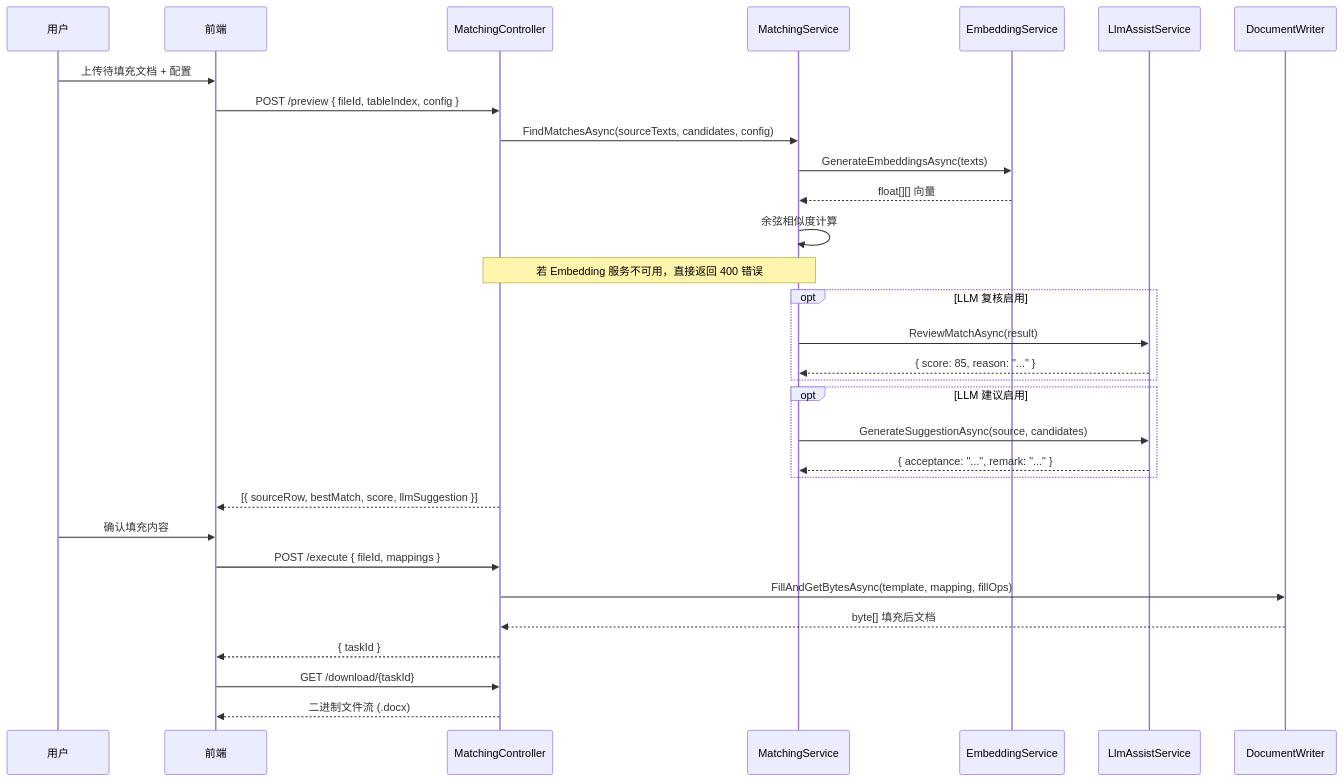
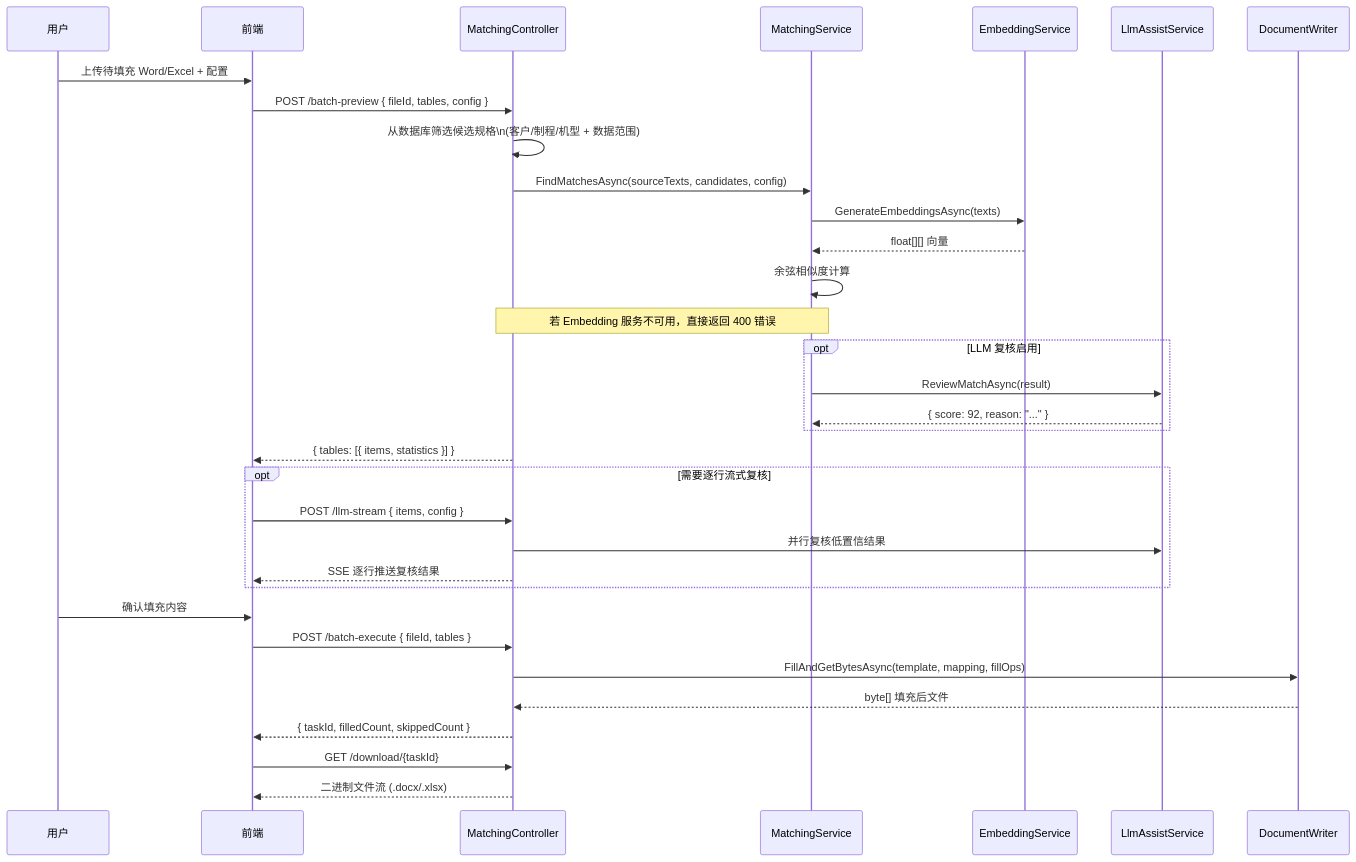
Diagram 18 of 28 in docs/design-overview.md (xiaocaiisxiaocai/AcceptanceSpecRecognition), drawn with Mermaid before and after one commit. The commit also changed other lines of this file and 51 other files, not shown here.

````diff
--- a/docs/design-overview.md
+++ b/docs/design-overview.md
@@ -734,40 +844,42 @@
 ```mermaid
 sequenceDiagram
     participant U as 用户
     participant FE as 前端
     participant MC as MatchingController
     participant MS as MatchingService
     participant ES as EmbeddingService
     participant LLM as LlmAssistService
     participant DW as DocumentWriter
 
-    U->>FE: 上传待填充文档 + 配置
-    FE->>MC: POST /preview { fileId, tableIndex, config }
+    U->>FE: 上传待填充 Word/Excel + 配置
+    FE->>MC: POST /batch-preview { fileId, tables, config }
+    MC->>MC: 从数据库筛选候选规格\n(客户/制程/机型 + 数据范围)
     MC->>MS: FindMatchesAsync(sourceTexts, candidates, config)
 
     MS->>ES: GenerateEmbeddingsAsync(texts)
     ES-->>MS: float[][] 向量
     MS->>MS: 余弦相似度计算
     Note over MC,MS: 若 Embedding 服务不可用，直接返回 400 错误
 
     opt LLM 复核启用
         MS->>LLM: ReviewMatchAsync(result)
-        LLM-->>MS: { score: 85, reason: "..." }
+        LLM-->>MS: { score: 92, reason: "..." }
     end
 
-    opt LLM 建议启用
-        MS->>LLM: GenerateSuggestionAsync(source, candidates)
-        LLM-->>MS: { acceptance: "...", remark: "..." }
+    MC-->>FE: { tables: [{ items, statistics }] }
+
+    opt 需要逐行流式复核
+        FE->>MC: POST /llm-stream { items, config }
+        MC->>LLM: 并行复核低置信结果
+        MC-->>FE: SSE 逐行推送复核结果
     end
 
-    MC-->>FE: [{ sourceRow, bestMatch, score, llmSuggestion }]
-
     U->>FE: 确认填充内容
-    FE->>MC: POST /execute { fileId, mappings }
+    FE->>MC: POST /batch-execute { fileId, tables }
     MC->>DW: FillAndGetBytesAsync(template, mapping, fillOps)
-    DW-->>MC: byte[] 填充后文档
-    MC-->>FE: { taskId }
+    DW-->>MC: byte[] 填充后文件
+    MC-->>FE: { taskId, filledCount, skippedCount }
 
     FE->>MC: GET /download/{taskId}
-    MC-->>FE: 二进制文件流 (.docx)
+    MC-->>FE: 二进制文件流 (.docx/.xlsx)
 ```
````
